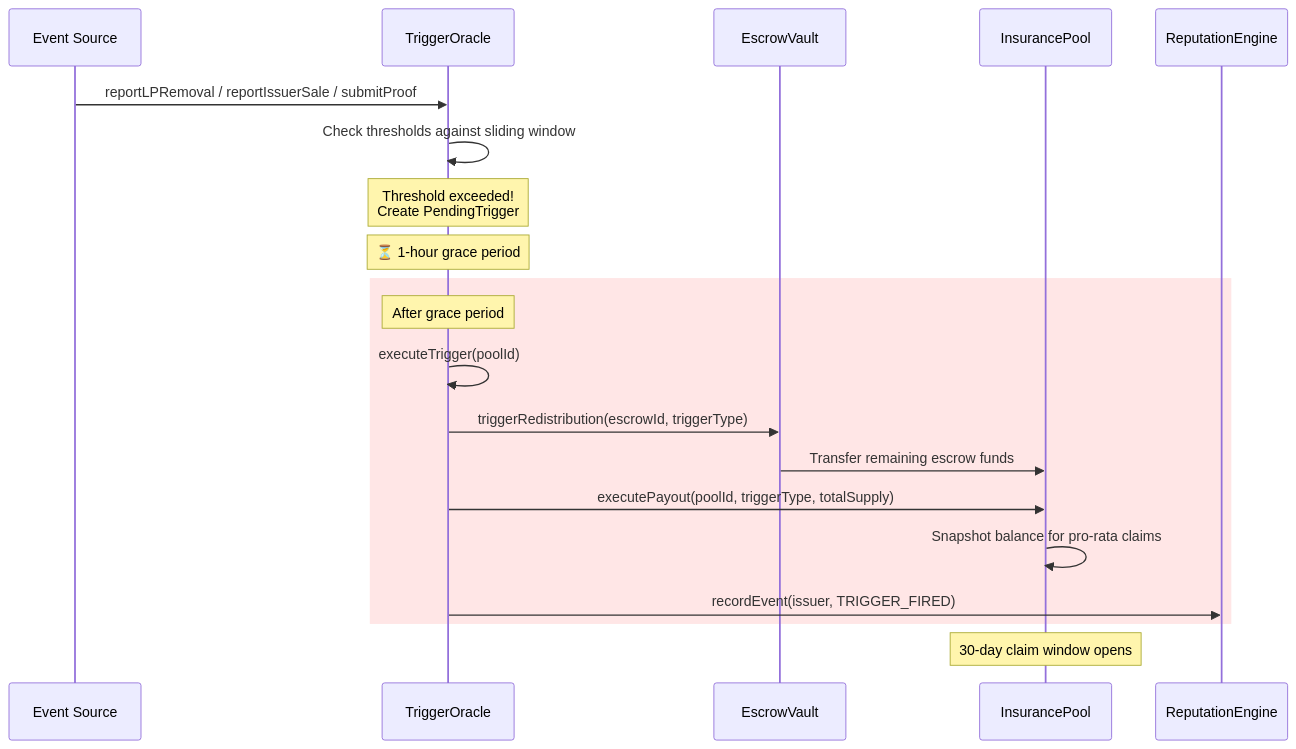
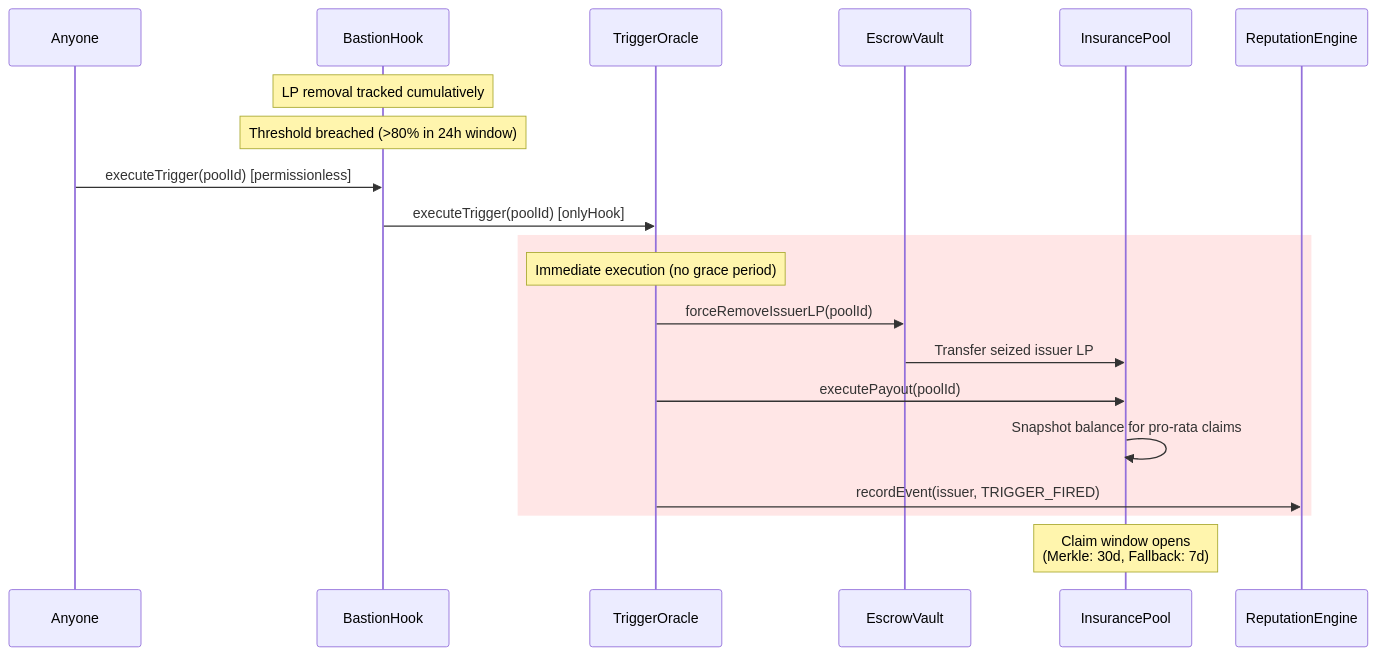
One commit to bastionswap/bastionswap changed the fourth of 6 diagrams in docs/ARCHITECTURE.md. Above: the diagram before and after it, drawn with Mermaid. The commit also changed other lines of this file and 1 other file, not shown here.

````diff
--- a/docs/ARCHITECTURE.md
+++ b/docs/ARCHITECTURE.md
@@ -163,26 +160,26 @@
 ```mermaid
 sequenceDiagram
-    participant Event Source
+    participant Anyone
+    participant BastionHook
     participant TriggerOracle
     participant EscrowVault
     participant InsurancePool
     participant ReputationEngine
 
-    Event Source->>TriggerOracle: reportLPRemoval / reportIssuerSale / submitProof
-    TriggerOracle->>TriggerOracle: Check thresholds against sliding window
-    Note over TriggerOracle: Threshold exceeded!<br/>Create PendingTrigger
+    Note over BastionHook: LP removal tracked cumulatively
+    Note over BastionHook: Threshold breached (>80% in 24h window)
 
-    Note over TriggerOracle: ⏳ 1-hour grace period
+    Anyone->>BastionHook: executeTrigger(poolId) [permissionless]
+    BastionHook->>TriggerOracle: executeTrigger(poolId) [onlyHook]
 
     rect rgb(255, 230, 230)
-        Note over TriggerOracle: After grace period
-        TriggerOracle->>TriggerOracle: executeTrigger(poolId)
-        TriggerOracle->>EscrowVault: triggerRedistribution(escrowId, triggerType)
-        EscrowVault->>InsurancePool: Transfer remaining escrow funds
-        TriggerOracle->>InsurancePool: executePayout(poolId, triggerType, totalSupply)
+        Note over TriggerOracle: Immediate execution (no grace period)
+        TriggerOracle->>EscrowVault: forceRemoveIssuerLP(poolId)
+        EscrowVault->>InsurancePool: Transfer seized issuer LP
+        TriggerOracle->>InsurancePool: executePayout(poolId)
         InsurancePool->>InsurancePool: Snapshot balance for pro-rata claims
         TriggerOracle->>ReputationEngine: recordEvent(issuer, TRIGGER_FIRED)
     end
 
-    Note over InsurancePool: 30-day claim window opens
+    Note over InsurancePool: Claim window opens<br/>(Merkle: 30d, Fallback: 7d)
 ```
````
